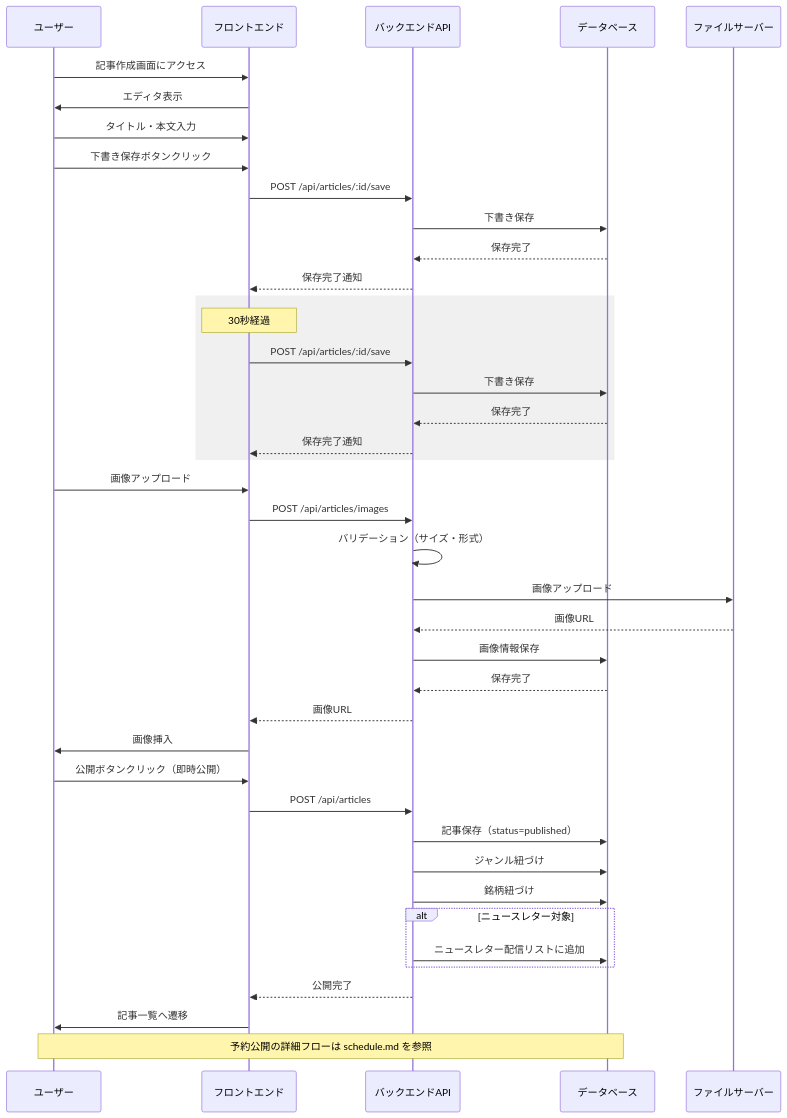
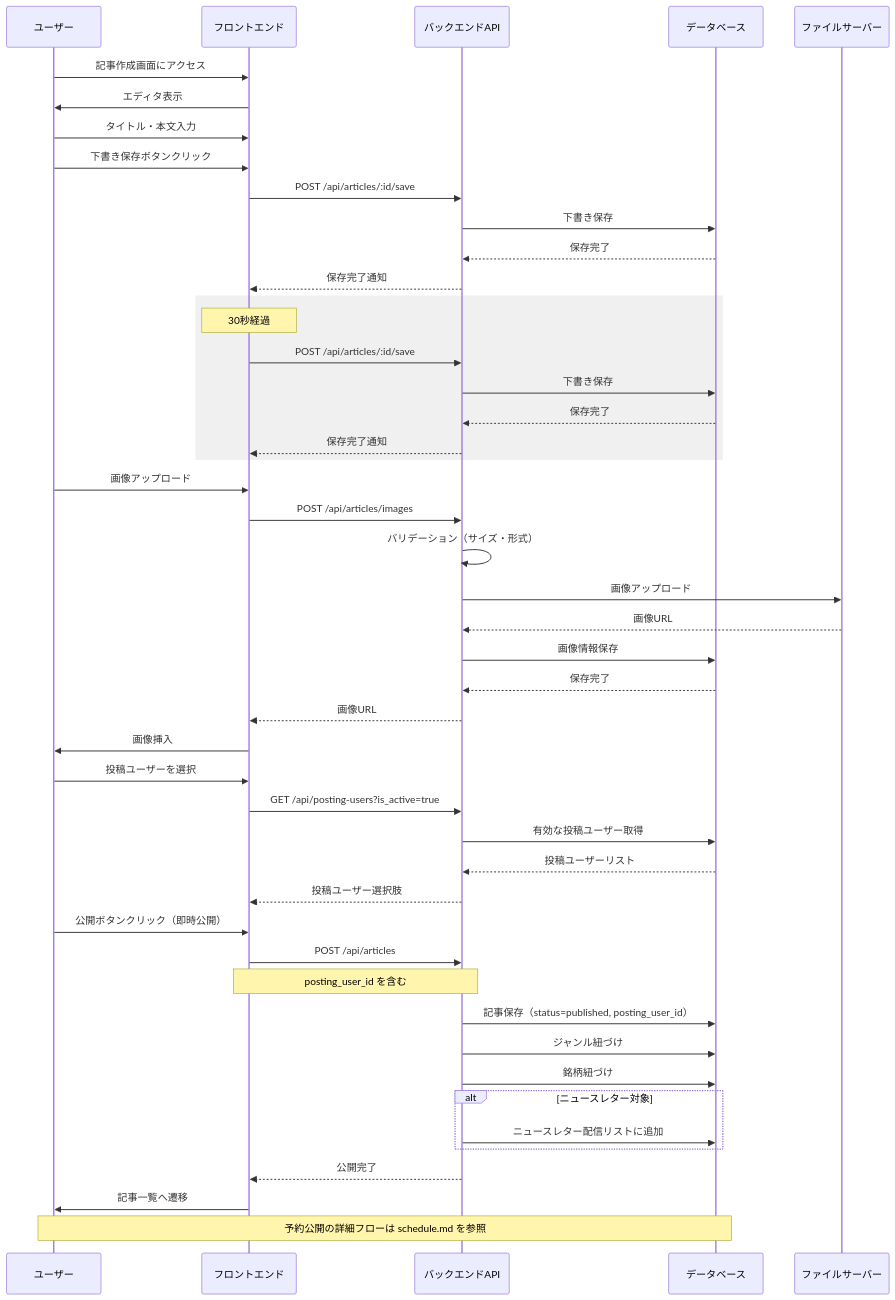
One commit to RRRRRRR-777/SikouLab changed the third of 3 diagrams in docs/functions/article/create-edit.md. Above: the diagram before and after it, drawn with Mermaid. The commit also changed other lines of this file and 5 other files, not shown here.

````diff
--- a/docs/functions/article/create-edit.md
+++ b/docs/functions/article/create-edit.md
@@ -177,53 +193,59 @@
 ```mermaid
 sequenceDiagram
     participant User as ユーザー
     participant Front as フロントエンド
     participant API as バックエンドAPI
     participant DB as データベース
     participant Storage as ファイルサーバー
 
     User->>Front: 記事作成画面にアクセス
     Front->>User: エディタ表示
 
     User->>Front: タイトル・本文入力
 
     %% 下書き保存（ユーザー操作）
     User->>Front: 下書き保存ボタンクリック
     Front->>API: POST /api/articles/:id/save
     API->>DB: 下書き保存
     DB-->>API: 保存完了
     API-->>Front: 保存完了通知
 
     %% 自動保存（30秒経過）
     rect rgb(240, 240, 240)
         Note over Front: 30秒経過
         Front->>API: POST /api/articles/:id/save
         API->>DB: 下書き保存
         DB-->>API: 保存完了
         API-->>Front: 保存完了通知
     end
 
     User->>Front: 画像アップロード
     Front->>API: POST /api/articles/images
     API->>API: バリデーション（サイズ・形式）
     API->>Storage: 画像アップロード
     Storage-->>API: 画像URL
     API->>DB: 画像情報保存
     DB-->>API: 保存完了
     API-->>Front: 画像URL
     Front->>User: 画像挿入
 
     %% 即時公開
+    User->>Front: 投稿ユーザーを選択
+    Front->>API: GET /api/posting-users?is_active=true
+    API->>DB: 有効な投稿ユーザー取得
+    DB-->>API: 投稿ユーザーリスト
+    API-->>Front: 投稿ユーザー選択肢
     User->>Front: 公開ボタンクリック（即時公開）
     Front->>API: POST /api/articles
-    API->>DB: 記事保存（status=published）
+    Note over Front,API: posting_user_id を含む
+    API->>DB: 記事保存（status=published, posting_user_id）
     API->>DB: ジャンル紐づけ
     API->>DB: 銘柄紐づけ
     alt ニュースレター対象
         API->>DB: ニュースレター配信リストに追加
     end
     API-->>Front: 公開完了
     Front->>User: 記事一覧へ遷移
 
     Note over User,DB: 予約公開の詳細フローは schedule.md を参照
 ```
````
